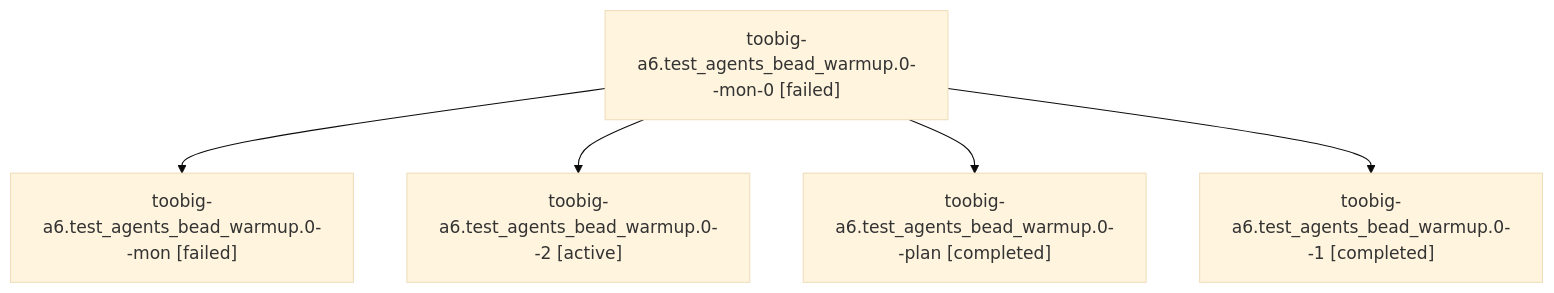
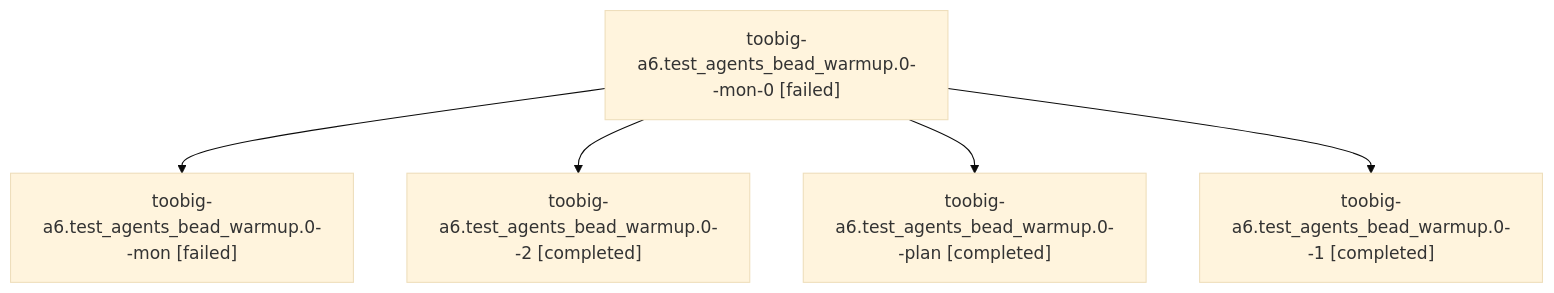
One commit to sase-org/sase--agents changed the diagram in sessions/bbugyi200.athena.toobig-a6.test_agents_bead_warmup.0.md. Above: the diagram before and after it, drawn with Mermaid (base theme). The commit also changed other lines of this file and 11 other files, not shown here.

````diff
--- a/sessions/bbugyi200.athena.toobig-a6.test_agents_bead_warmup.0.md
+++ b/sessions/bbugyi200.athena.toobig-a6.test_agents_bead_warmup.0.md
@@ -9,12 +9,12 @@
 ```mermaid
 flowchart TD
   n0["toobig-a6.test_agents_bead_warmup.0--mon-0 [failed]"]
   n1["toobig-a6.test_agents_bead_warmup.0--mon [failed]"]
   n0 --> n1
-  n2["toobig-a6.test_agents_bead_warmup.0--2 [active]"]
+  n2["toobig-a6.test_agents_bead_warmup.0--2 [completed]"]
   n0 --> n2
   n3["toobig-a6.test_agents_bead_warmup.0--plan [completed]"]
   n0 --> n3
   n4["toobig-a6.test_agents_bead_warmup.0--1 [completed]"]
   n0 --> n4
 ```
````
